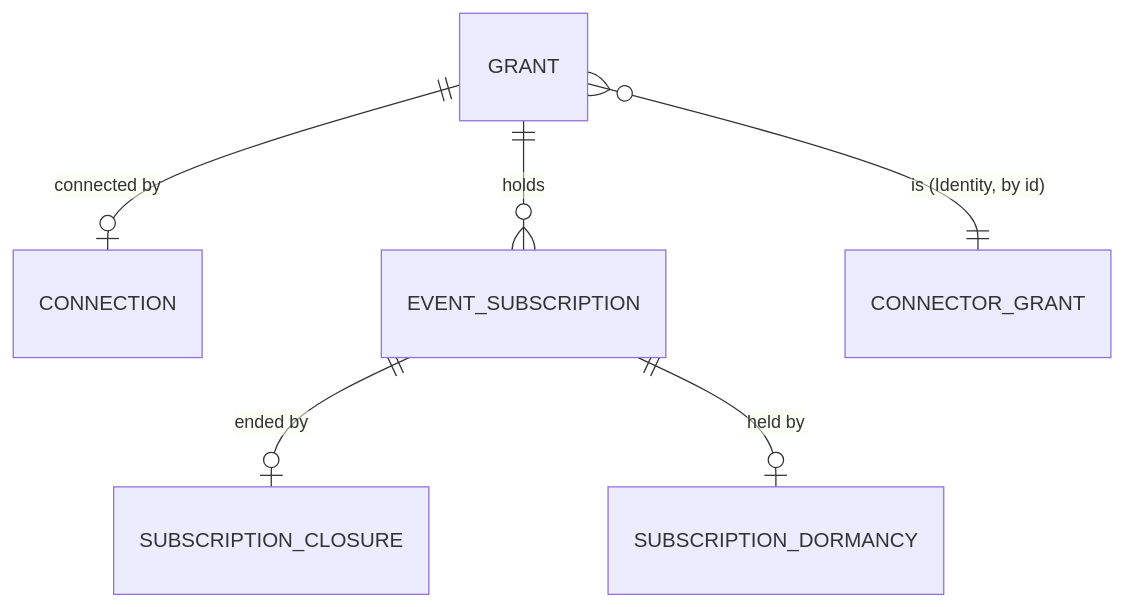
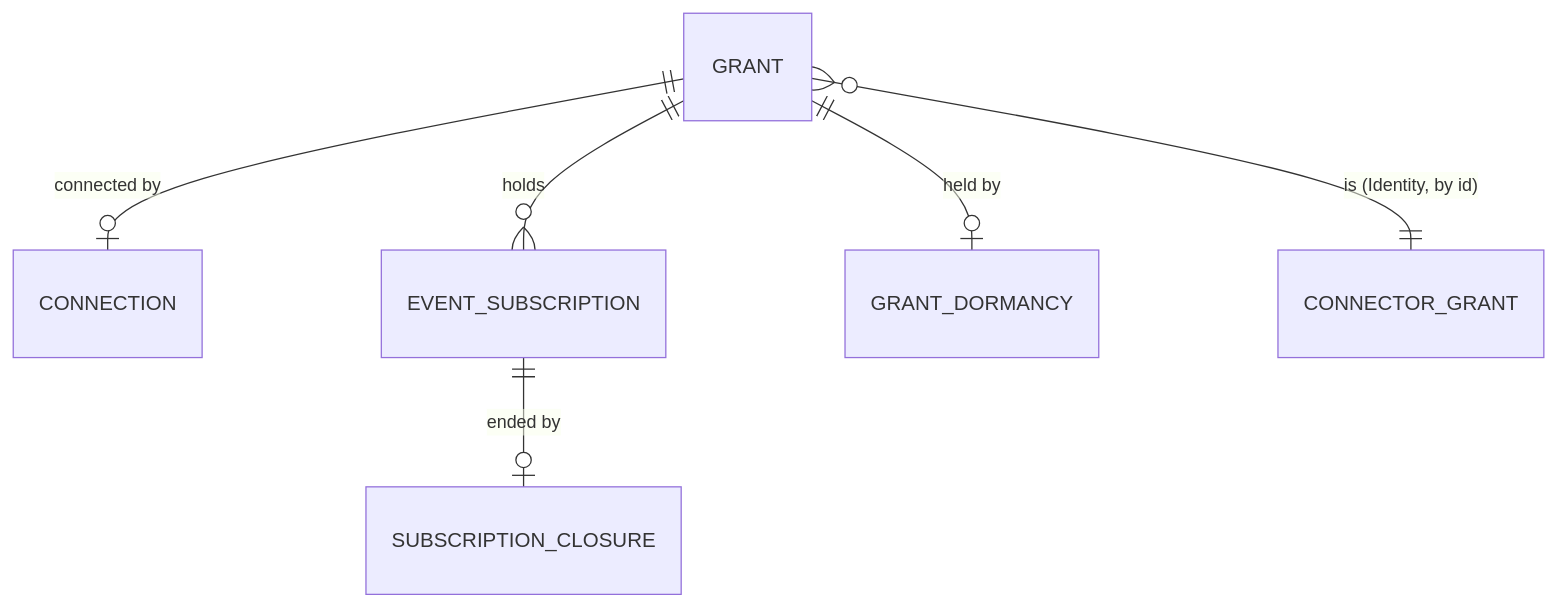
The third of 3 diagrams in docs/specs/connector.md (Aeryx-ai/sock-integrations), drawn with Mermaid before and after one commit. The commit also changed other lines of this file, not shown here.

Commit message:
integrations: connector spec moves dormancy onto the grant as GrantDormancy, has every dormancy write lock the grant, the sweep read in grant order skipping busy grants with the daily backstop through the same path, and a gone grant's subscribe answer a retry

````diff
--- a/docs/specs/connector.md
+++ b/docs/specs/connector.md
@@ -179,8 +179,8 @@
 ```mermaid
 erDiagram
     GRANT ||--o| CONNECTION : "connected by"
     GRANT ||--o{ EVENT_SUBSCRIPTION : holds
     EVENT_SUBSCRIPTION ||--o| SUBSCRIPTION_CLOSURE : "ended by"
-    EVENT_SUBSCRIPTION ||--o| SUBSCRIPTION_DORMANCY : "held by"
+    GRANT ||--o| GRANT_DORMANCY : "held by"
     GRANT }o--|| CONNECTOR_GRANT : "is (Identity, by id)"
 ```
````
